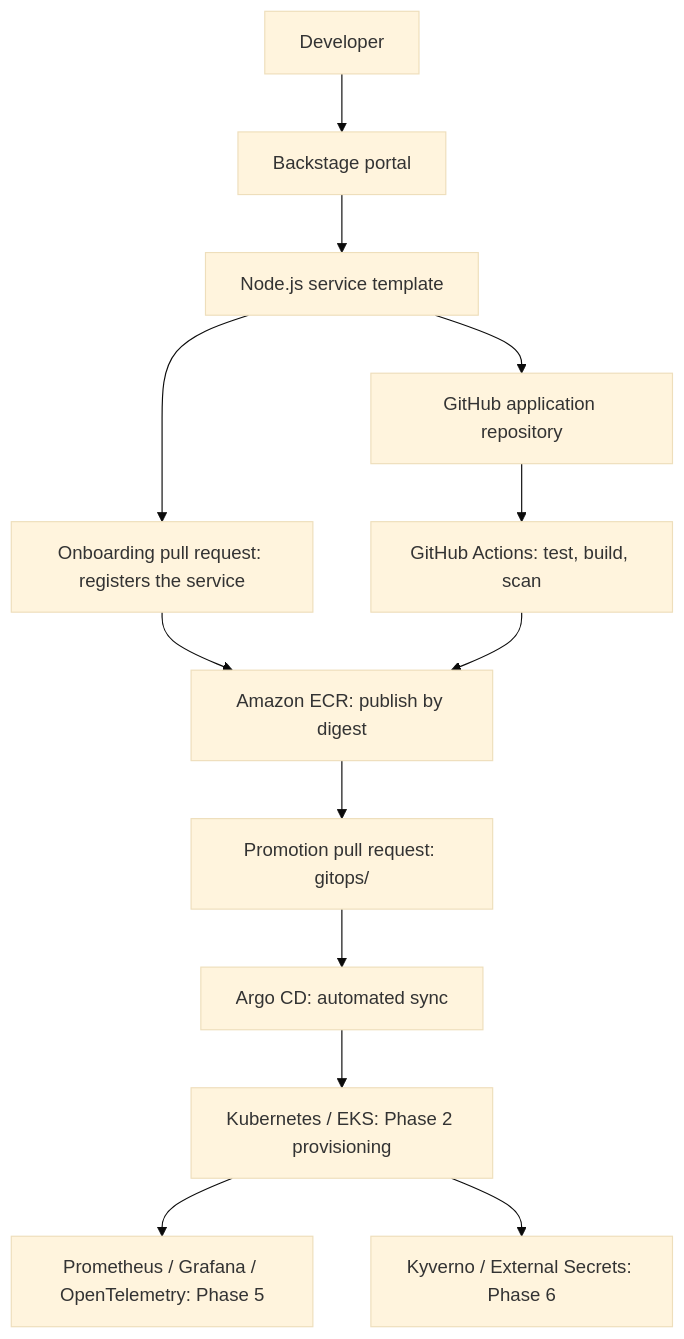
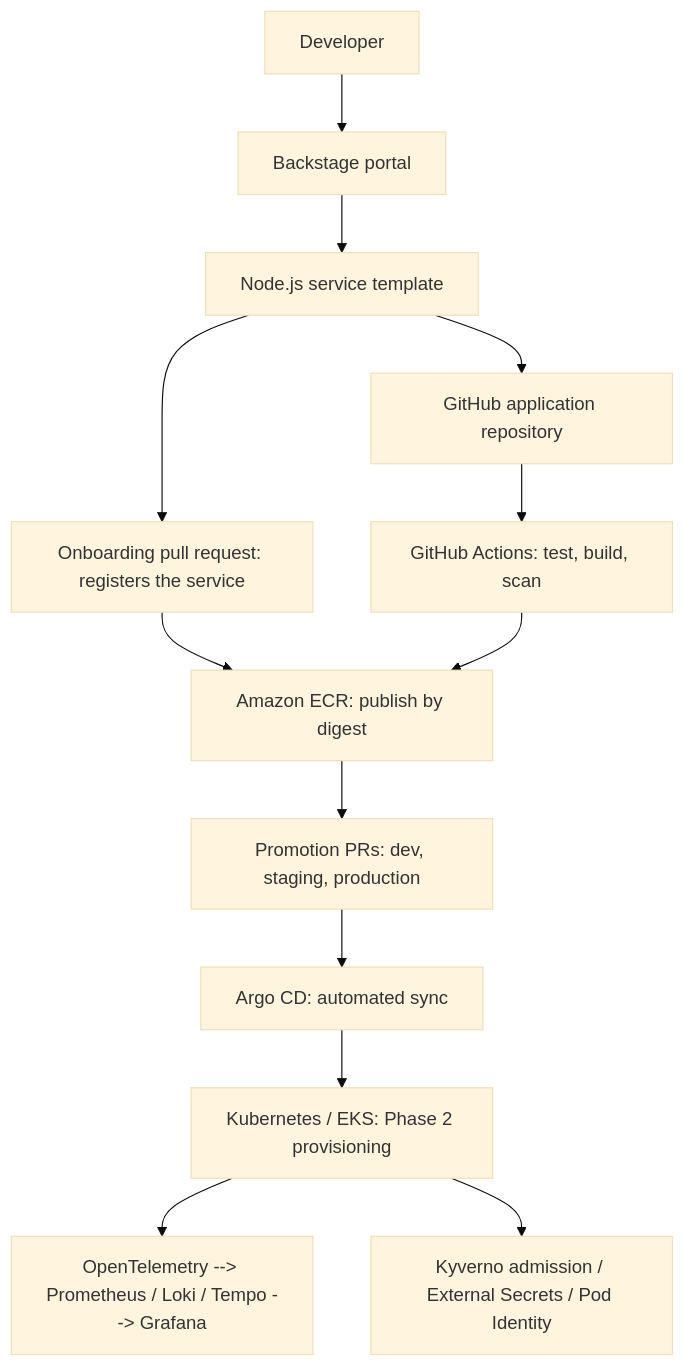
The diagram in README.md (Audu25/platform-engineering-idp), drawn with Mermaid (base theme) before and after one commit. The commit also changed other lines of this file and 100 other files, not shown here.

First line of the commit message:
Phases 5-8: observability, security, release path and portfolio release

````diff
--- a/README.md
+++ b/README.md
@@ -14,15 +22,15 @@
 ```mermaid
 flowchart TD
   Developer --> Backstage[Backstage portal]
   Backstage --> Template[Node.js service template]
   Template --> Repo[GitHub application repository]
   Template --> Onboard[Onboarding pull request: registers the service]
   Onboard --> Registry
   Repo --> CI[GitHub Actions: test, build, scan]
   CI --> Registry[Amazon ECR: publish by digest]
-  Registry --> GitOps[Promotion pull request: gitops/]
+  Registry --> GitOps[Promotion PRs: dev, staging, production]
   GitOps --> Argo[Argo CD: automated sync]
   Argo --> EKS[Kubernetes / EKS: Phase 2 provisioning]
-  EKS --> Observability[Prometheus / Grafana / OpenTelemetry: Phase 5]
-  EKS --> Security[Kyverno / External Secrets: Phase 6]
+  EKS --> Observability[OpenTelemetry --> Prometheus / Loki / Tempo --> Grafana]
+  EKS --> Security[Kyverno admission / External Secrets / Pod Identity]
 ```
````
